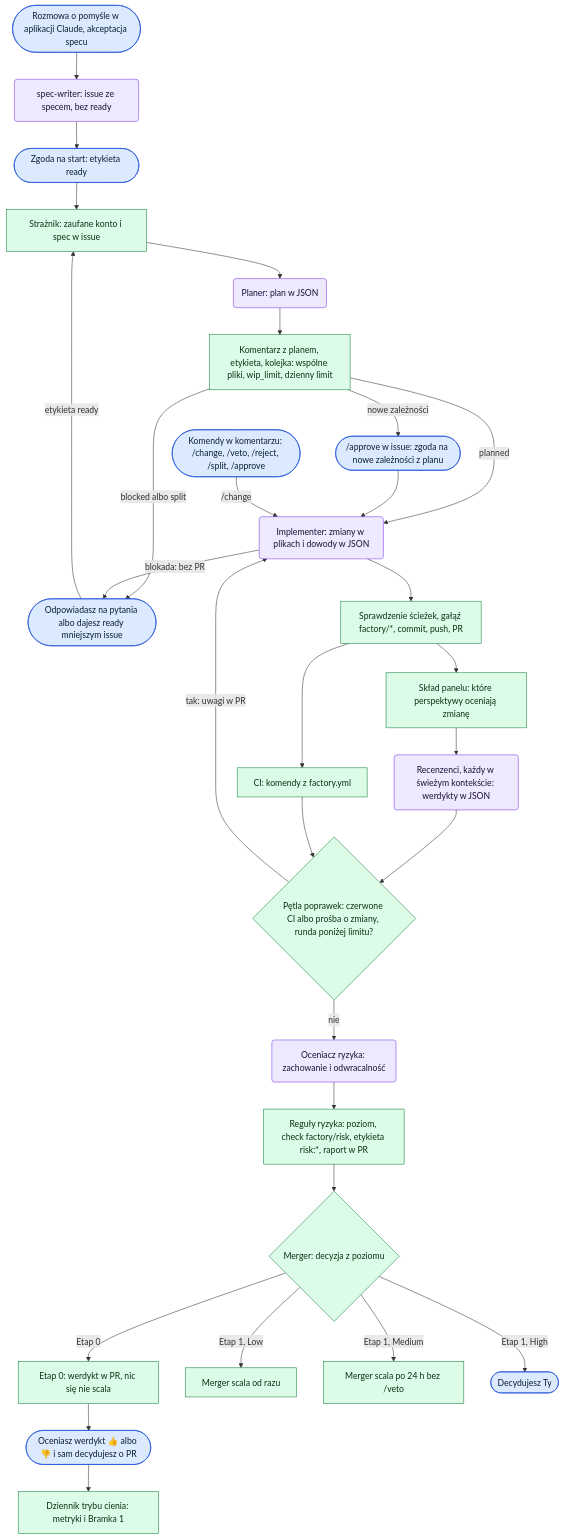
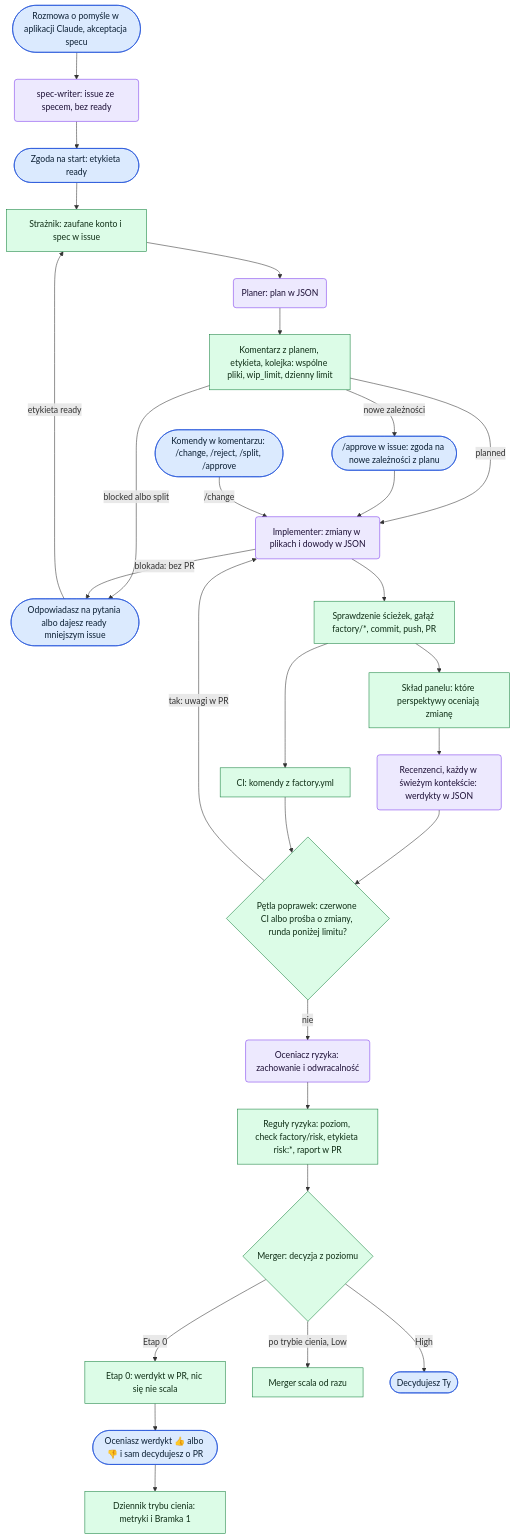
One commit to gibkigonzo/factory changed the diagram in README.md. Above: the diagram before and after it, drawn with Mermaid. The commit also changed other lines of this file and 31 other files, not shown here.

First line of the commit message:
Dwa poziomy ryzyka: Low scala fabryka, High decyduje właściciel

````diff
--- a/README.md
+++ b/README.md
@@ -130,49 +130,47 @@
 ```mermaid
 flowchart TD
   H1(["Rozmowa o pomyśle w aplikacji Claude, akceptacja specu"]):::human
   A1("spec-writer: issue ze specem, bez ready"):::agent
   H0(["Zgoda na start: etykieta ready"]):::human
   S1["Strażnik: zaufane konto i spec w issue"]:::script
   A2("Planer: plan w JSON"):::agent
   S2["Komentarz z planem, etykieta, kolejka: wspólne pliki, wip_limit, dzienny limit"]:::script
   H2(["Odpowiadasz na pytania albo dajesz ready mniejszym issue"]):::human
   A3("Implementer: zmiany w plikach i dowody w JSON"):::agent
   S3["Sprawdzenie ścieżek, gałąź factory/*, commit, push, PR"]:::script
   S4["CI: komendy z factory.yml"]:::script
   S5["Skład panelu: które perspektywy oceniają zmianę"]:::script
   A4("Recenzenci, każdy w świeżym kontekście: werdykty w JSON"):::agent
   A5("Oceniacz ryzyka: zachowanie i odwracalność"):::agent
   S6["Reguły ryzyka: poziom, check factory/risk, etykieta risk:*, raport w PR"]:::script
   D{"Merger: decyzja z poziomu"}:::script
   S7["Etap 0: werdykt w PR, nic się nie scala"]:::script
   H3(["Oceniasz werdykt 👍 albo 👎 i sam decydujesz o PR"]):::human
   S8["Dziennik trybu cienia: metryki i Bramka 1"]:::script
   M1["Merger scala od razu"]:::script
-  M2["Merger scala po 24 h bez /veto"]:::script
   H4(["Decydujesz Ty"]):::human
-  H5(["Komendy w komentarzu: /change, /veto, /reject, /split, /approve"]):::human
+  H5(["Komendy w komentarzu: /change, /reject, /split, /approve"]):::human
   H6(["/approve w issue: zgoda na nowe zależności z planu"]):::human
   L{"Pętla poprawek: czerwone CI albo prośba o zmiany, runda poniżej limitu?"}:::script
 
   H1 --> A1 --> H0 --> S1 --> A2 --> S2
   S2 -->|"blocked albo split"| H2
   H2 -->|"etykieta ready"| S1
   S2 -->|"planned"| A3 --> S3
   S2 -->|"nowe zależności"| H6 --> A3
   A3 -->|"blokada: bez PR"| H2
   S3 --> S4 & S5
   S5 --> A4 --> L
   S4 --> L
   L -->|"tak: uwagi w PR"| A3
   L -->|"nie"| A5 --> S6
   S6 --> D
   D -->|"Etap 0"| S7 --> H3 --> S8
-  D -->|"Etap 1, Low"| M1
-  D -->|"Etap 1, Medium"| M2
-  D -->|"Etap 1, High"| H4
+  D -->|"po trybie cienia, Low"| M1
+  D -->|"High"| H4
   H5 -->|"/change"| A3
 
   classDef human fill:#dbeafe,stroke:#1d4ed8,color:#0b1f33
   classDef agent fill:#ede9fe,stroke:#7c3aed,color:#1d1036
   classDef script fill:#dcfce7,stroke:#15803d,color:#0f2e16
 ```
````
